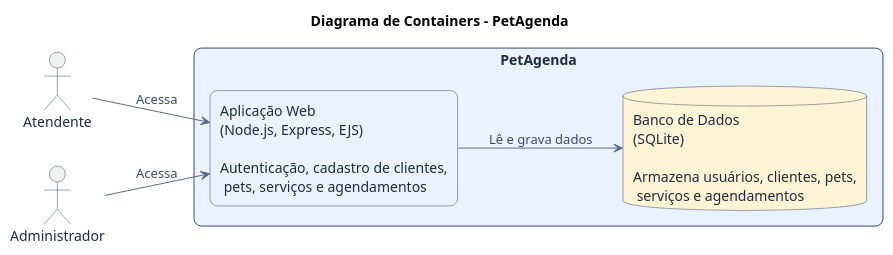
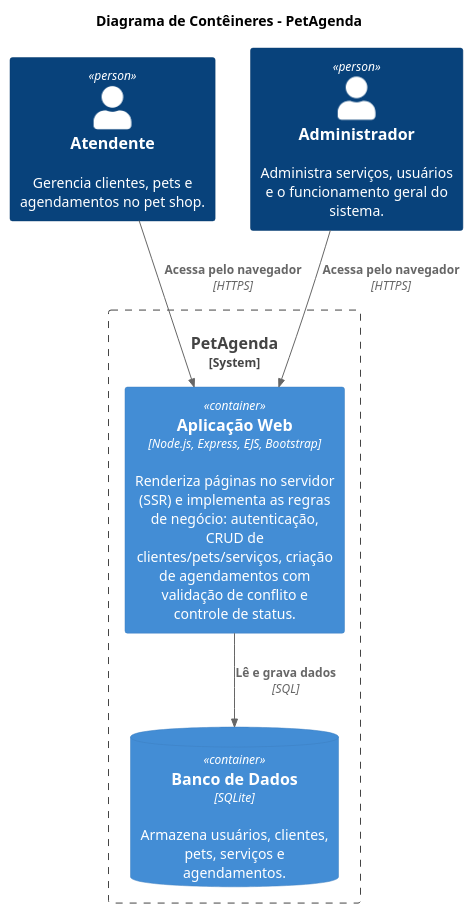
Before and after one commit to GabrielLengertGuedes/petagenda: the diagram in diagrama_de_conteiner.puml, drawn with PlantUML. The commit also changed other lines of this file, not shown here.

```diff
--- a/diagrama_de_conteiner.puml
+++ b/diagrama_de_conteiner.puml
@@ -1,48 +1,22 @@
 @startuml
-left to right direction
-skinparam backgroundColor white
-skinparam defaultFontName Arial
-skinparam shadowing false
-skinparam packageStyle rectangle
+!include https://raw.githubusercontent.com/plantuml-stdlib/C4-PlantUML/master/C4_Container.puml
 
-skinparam rectangle {
-  RoundCorner 15
-  BorderColor #3B4A6B
-  BackgroundColor #EAF2FF
-  FontColor #1F2D3D
+title Diagrama de Contêineres - PetAgenda
+
+LAYOUT_TOP_DOWN()
+
+Person(atendente, "Atendente", "Gerencia clientes, pets e agendamentos no pet shop.")
+Person(admin, "Administrador", "Administra serviços, usuários e o funcionamento geral do sistema.")
+
+System_Boundary(petagenda, "PetAgenda") {
+    Container(app, "Aplicação Web", "Node.js, Express, EJS, Bootstrap", "Renderiza páginas no servidor (SSR) e implementa as regras de negócio: autenticação, CRUD de clientes/pets/serviços, criação de agendamentos com validação de conflito e controle de status.")
+
+    ContainerDb(db, "Banco de Dados", "SQLite", "Armazena usuários, clientes, pets, serviços e agendamentos.")
 }
 
-skinparam database {
-  BorderColor #3B4A6B
-  BackgroundColor #FFF4D6
-  FontColor #1F2D3D
-}
+Rel(atendente, app, "Acessa pelo navegador", "HTTPS")
+Rel(admin, app, "Acessa pelo navegador", "HTTPS")
 
-skinparam actor {
-  BorderColor #3B4A6B
-  FontColor #1F2D3D
-}
-
-skinparam arrow {
-  Color #5A6B8A
-  FontColor #3B4A6B
-}
-
-title Diagrama de Containers - PetAgenda
-
-actor "Atendente" as Atendente
-actor "Administrador" as Admin
-
-rectangle "PetAgenda" as Sistema {
-
-  rectangle "Aplicação Web\n(Node.js, Express, EJS)\n\nAutenticação, cadastro de clientes,\n pets, serviços e agendamentos" as WebApp
-
-  database "Banco de Dados\n(SQLite)\n\nArmazena usuários, clientes, pets,\n serviços e agendamentos" as DB
-}
-
-Atendente --> WebApp : Acessa
-Admin --> WebApp : Acessa
-
-WebApp --> DB : Lê e grava dados
+Rel(app, db, "Lê e grava dados", "SQL")
 
 @enduml
```
